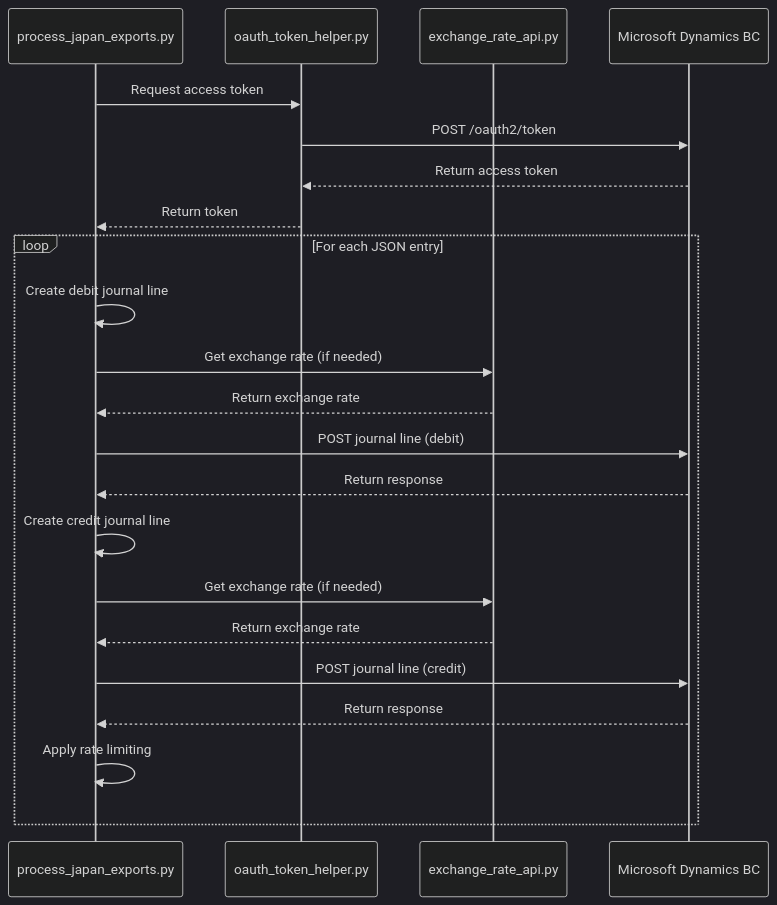
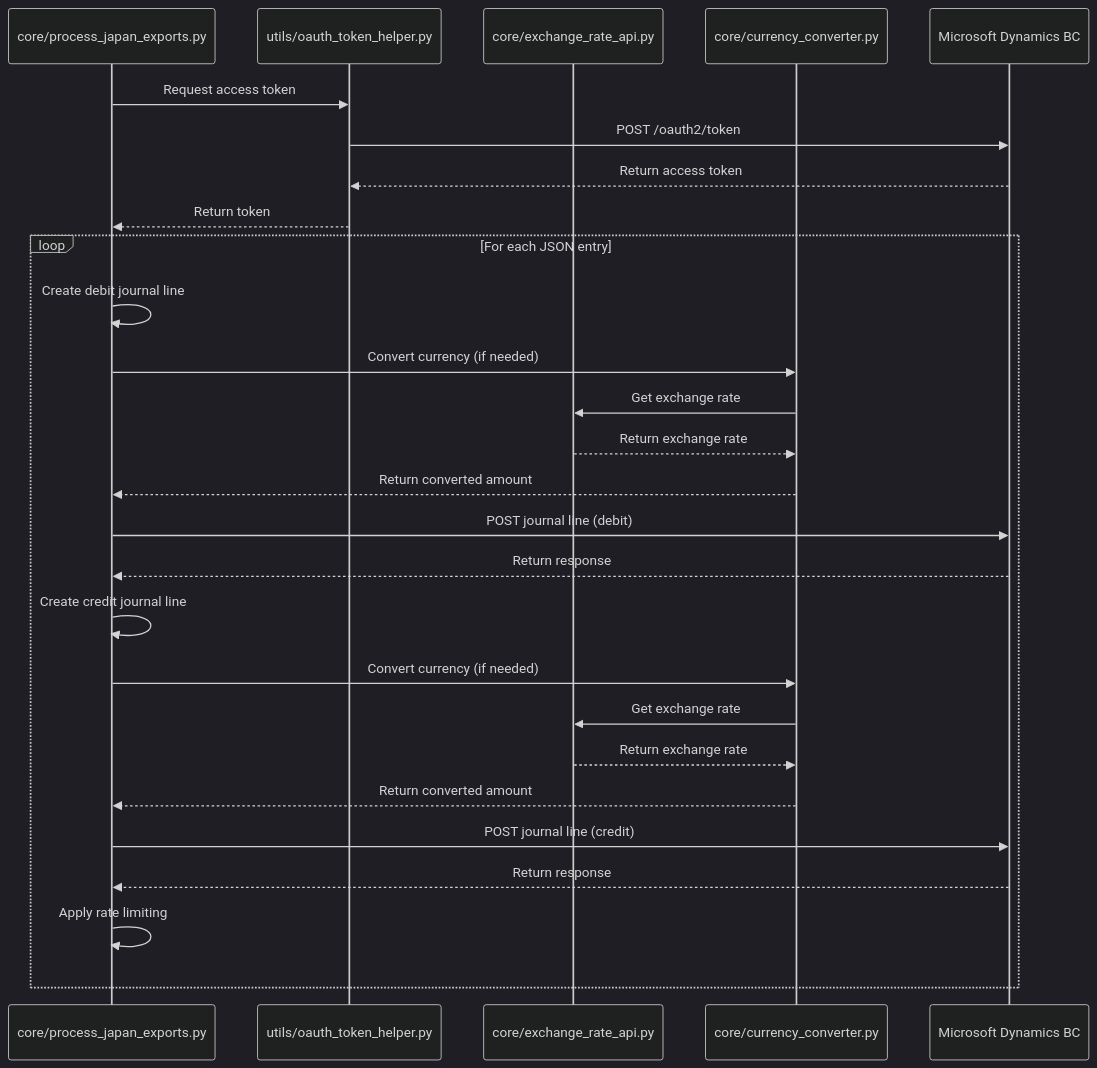
Before and after one commit to yikuochan/Rakuimporter: the second of 2 diagrams in Design Document TOI.md, drawn with Mermaid (dark theme). The commit also changed other lines of this file and 346 other files, not shown here.

````diff
--- a/Design Document TOI.md
+++ b/Design Document TOI.md
@@ -123,28 +171,33 @@
 ```mermaid
 sequenceDiagram
-    participant PJE as process_japan_exports.py
-    participant OTH as oauth_token_helper.py
-    participant ERA as exchange_rate_api.py
+    participant PJE as core/process_japan_exports.py
+    participant OTH as utils/oauth_token_helper.py
+    participant ERA as core/exchange_rate_api.py
+    participant CC as core/currency_converter.py
     participant ERP as Microsoft Dynamics BC
     
     PJE->>OTH: Request access token
     OTH->>ERP: POST /oauth2/token
     ERP-->>OTH: Return access token
     OTH-->>PJE: Return token
     
     loop For each JSON entry
         PJE->>PJE: Create debit journal line
-        PJE->>ERA: Get exchange rate (if needed)
-        ERA-->>PJE: Return exchange rate
+        PJE->>CC: Convert currency (if needed)
+        CC->>ERA: Get exchange rate
+        ERA-->>CC: Return exchange rate
+        CC-->>PJE: Return converted amount
         PJE->>ERP: POST journal line (debit)
         ERP-->>PJE: Return response
         
         PJE->>PJE: Create credit journal line
-        PJE->>ERA: Get exchange rate (if needed)
-        ERA-->>PJE: Return exchange rate
+        PJE->>CC: Convert currency (if needed)
+        CC->>ERA: Get exchange rate
+        ERA-->>CC: Return exchange rate
+        CC-->>PJE: Return converted amount
         PJE->>ERP: POST journal line (credit)
         ERP-->>PJE: Return response
         
         PJE->>PJE: Apply rate limiting
     end
 ```
````
